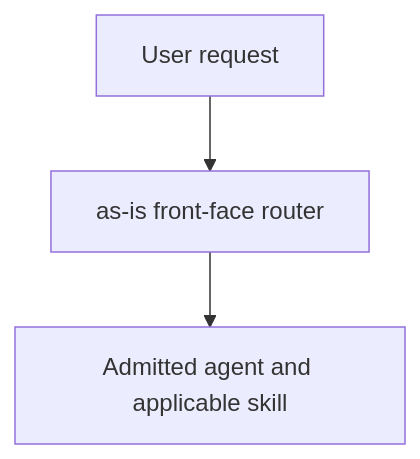
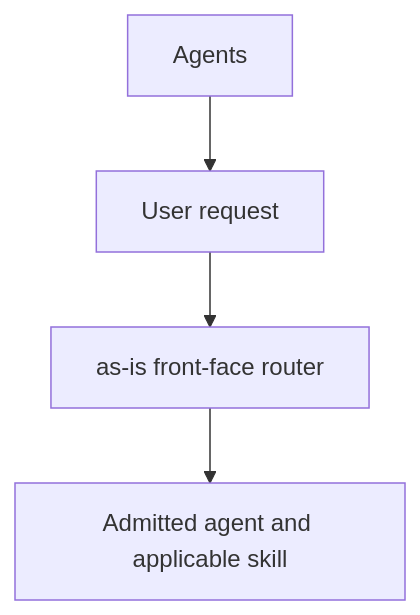
One commit to abstract-business-systems/as-is changed the first of 2 diagrams in agents/as-is/as-is.md. Above: the diagram before and after it, drawn with Mermaid. The commit also changed other lines of this file and 16 other files, not shown here.

````diff
--- a/agents/as-is/as-is.md
+++ b/agents/as-is/as-is.md
@@ -25,5 +27,8 @@
 ```mermaid
 flowchart TD
-    A["User request"] --> B["as-is front-face router"]
+    Parent["Agents"] --> A["User request"]
+    A --> B["as-is front-face router"]
     B --> C["Admitted agent and applicable skill"]
+
+    click Parent href "../as-is.md#design" "Open Agents design"
 ```
````
